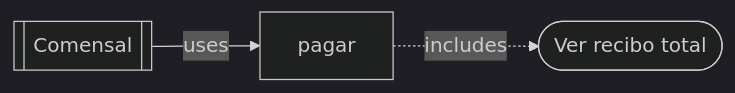
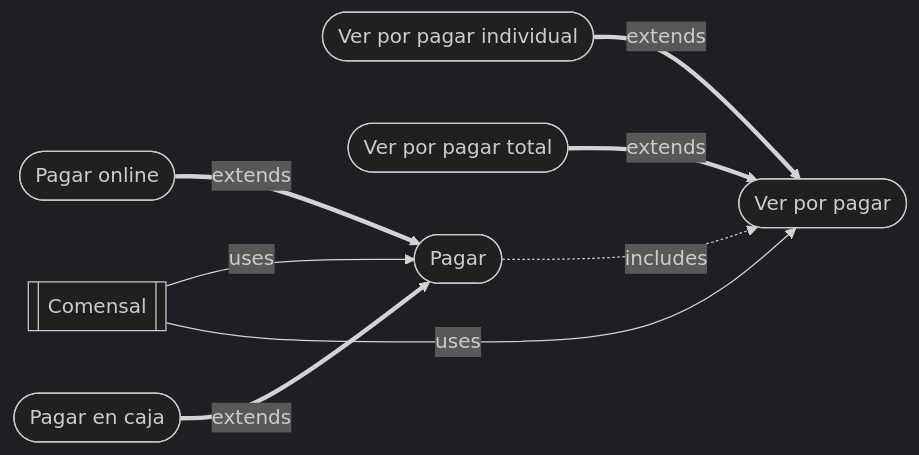
The eighth of 8 diagrams in documentacion/requisitos/casos_de_uso.md (pabenito/QRest), drawn with Mermaid (dark theme) before and after one commit. The commit also changed other lines of this file and 2 other files, not shown here.

Commit message:
casos de prueba ver por pagar y pago

````diff
--- a/documentacion/requisitos/casos_de_uso.md
+++ b/documentacion/requisitos/casos_de_uso.md
@@ -395,7 +395,14 @@
 ```mermaid
 flowchart LR
   comensal[[Comensal]]
-  ver_recibo_total([Ver recibo total])
-  comensal --uses--> pagar
-  pagar -.includes.-> ver_recibo_total
+  ver_por_pagar([Ver por pagar])
+  ver_por_pagar_individual([Ver por pagar individual])
+  ver_por_pagar_total([Ver por pagar total])
+  pagar([Pagar])
+  pagar_online([Pagar online])
+  pagar_en_caja([Pagar en caja])
+  ver_por_pagar_individual & ver_por_pagar_total ==extends==> ver_por_pagar
+  pagar_online & pagar_en_caja ==extends==> pagar
+  comensal --uses--> pagar & ver_por_pagar
+  pagar -.includes.-> ver_por_pagar
 ```
````
